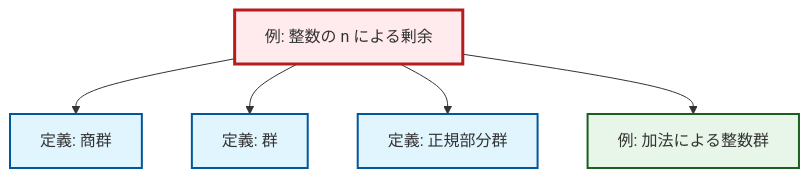
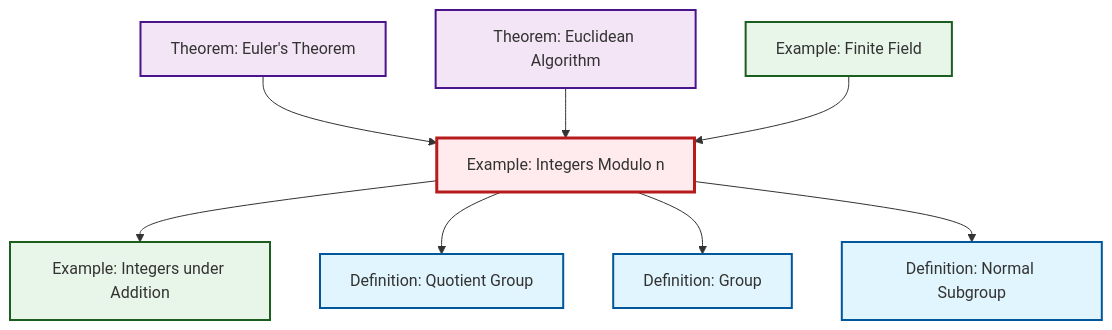
The diagram in content/ja/algebra/ex-quotient-integers-mod-n.qmd (RK0429/ModernMath), drawn with Mermaid before and after one commit. The commit also changed other lines of this file and 316 other files, not shown here.

````diff
--- a/content/ja/algebra/ex-quotient-integers-mod-n.qmd
+++ b/content/ja/algebra/ex-quotient-integers-mod-n.qmd
@@ -116,19 +116,32 @@
 ```{mermaid}
-%%| fig-cap: "局所依存関係グラフ"
+%%| fig-cap: "Local dependency graph"
 graph TD
     classDef definition fill:#e1f5fe,stroke:#01579b,stroke-width:2px
     classDef theorem fill:#f3e5f5,stroke:#4a148c,stroke-width:2px
     classDef axiom fill:#fff3e0,stroke:#e65100,stroke-width:2px
     classDef example fill:#e8f5e9,stroke:#1b5e20,stroke-width:2px
     classDef current fill:#ffebee,stroke:#b71c1c,stroke-width:3px
-    ex-quotient-integers-mod-n["例: 整数の n による剰余"]:::example
-    def-quotient-group["定義: 商群"]:::definition
-    def-group["定義: 群"]:::definition
-    def-normal-subgroup["定義: 正規部分群"]:::definition
-    ex-integers-addition["例: 加法による整数群"]:::example
+    def-quotient-group["Definition: Quotient Group"]:::definition
+    thm-euclidean-algorithm["Theorem: Euclidean Algorithm"]:::theorem
+    def-normal-subgroup["Definition: Normal Subgroup"]:::definition
+    ex-quotient-integers-mod-n["Example: Integers Modulo n"]:::example
+    ex-finite-field["Example: Finite Field"]:::example
+    def-group["Definition: Group"]:::definition
+    ex-integers-addition["Example: Integers under Addition"]:::example
+    thm-euler["Theorem: Euler's Theorem"]:::theorem
+    thm-euler --> ex-quotient-integers-mod-n
+    thm-euclidean-algorithm --> ex-quotient-integers-mod-n
+    ex-quotient-integers-mod-n --> ex-integers-addition
+    ex-finite-field --> ex-quotient-integers-mod-n
     ex-quotient-integers-mod-n --> def-quotient-group
     ex-quotient-integers-mod-n --> def-group
     ex-quotient-integers-mod-n --> def-normal-subgroup
-    ex-quotient-integers-mod-n --> ex-integers-addition
     class ex-quotient-integers-mod-n current
+    click def-quotient-group "def-quotient-group.html" "Definition: Quotient Groupへ"
+    click thm-euclidean-algorithm "thm-euclidean-algorithm.html" "Theorem: Euclidean Algorithmへ"
+    click def-normal-subgroup "def-normal-subgroup.html" "Definition: Normal Subgroupへ"
+    click ex-finite-field "ex-finite-field.html" "Example: Finite Fieldへ"
+    click def-group "def-group.html" "Definition: Groupへ"
+    click ex-integers-addition "ex-integers-addition.html" "Example: Integers under Additionへ"
+    click thm-euler "thm-euler.html" "Theorem: Euler's Theoremへ"
 ```
````
